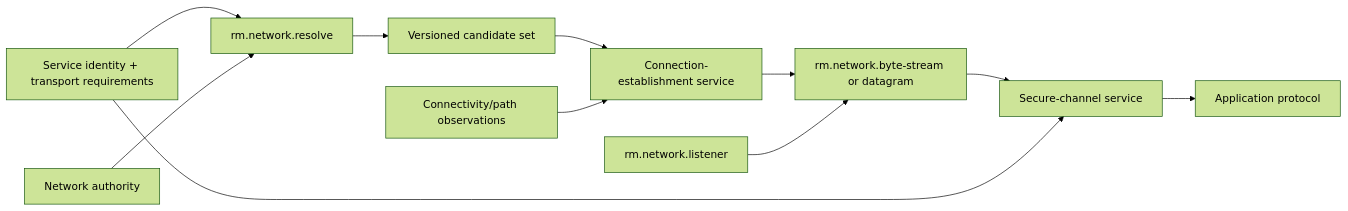
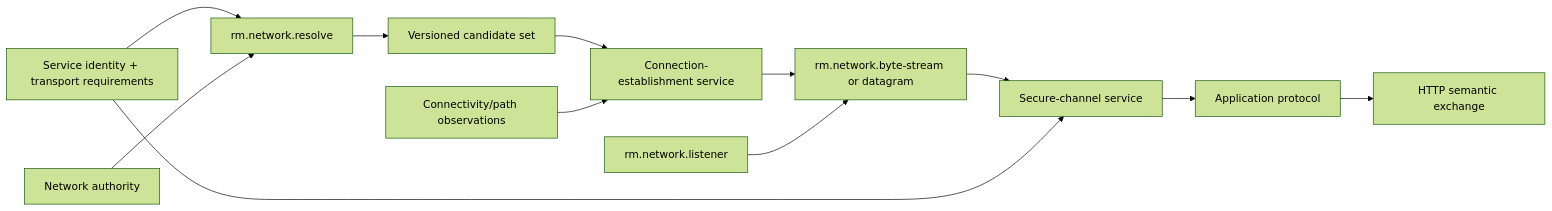
The diagram in docs/02-capabilities/networking/README.md (Rusty-Mill/rusty_foundation_akb), drawn with Mermaid (forest theme) before and after one commit. The commit also changed other lines of this file and 22 other files, not shown here.

Commit message:
define HTTP protocol foundations

````diff
--- a/docs/02-capabilities/networking/README.md
+++ b/docs/02-capabilities/networking/README.md
@@ -10,13 +10,14 @@
 ```mermaid
 flowchart LR
     Intent["Service identity + transport requirements"] --> Resolve["rm.network.resolve"]
     Authority["Network authority"] --> Resolve
     Resolve --> Candidates["Versioned candidate set"]
     Candidates --> Race["Connection-establishment service"]
     Path["Connectivity/path observations"] --> Race
     Race --> Transport["rm.network.byte-stream or datagram"]
     Transport --> Secure["Secure-channel service"]
     Intent --> Secure
     Secure --> Protocol["Application protocol"]
+    Protocol --> HTTP["HTTP semantic exchange"]
     Listen["rm.network.listener"] --> Transport
 ```
````
